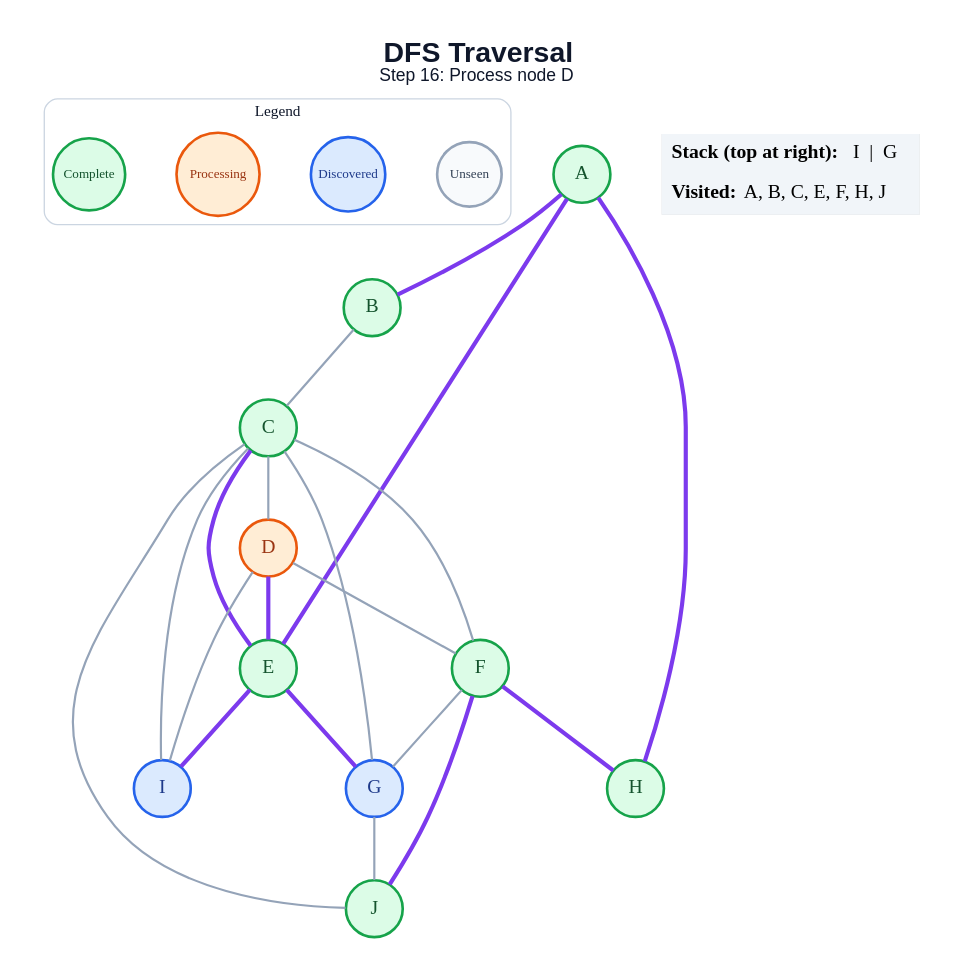
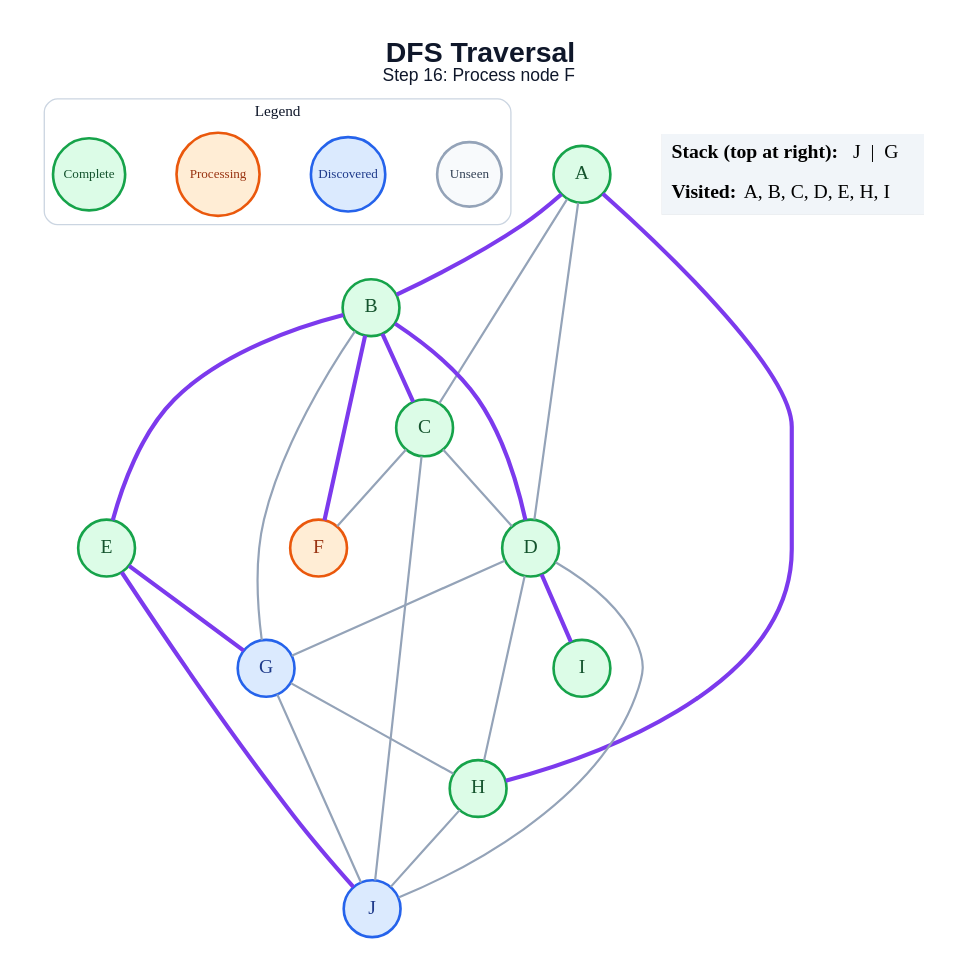
Before and after one commit to anon7238593-create/ai-slop: the diagram in generated/specific-node/dfs/step_16.dot, drawn with Graphviz. The commit also changed 178 other files, not shown here.

```diff
--- a/generated/specific-node/dfs/step_16.dot
+++ b/generated/specific-node/dfs/step_16.dot
@@ -1,48 +1,50 @@
 graph traversal {
   graph [layout=dot, rankdir=TB, bgcolor="#FFFFFF", pad="0.35", nodesep="0.65", ranksep="0.8", fontname="Arial"];
   node [shape=circle, style="filled", fontname="Arial Bold", fontsize=18, width=0.72, fixedsize=true, penwidth=2.4];
   edge [color="#94A3B8", penwidth=2.0];
-  label=<<B>DFS Traversal</B><BR/><FONT POINT-SIZE="16">Step 16: Process node D</FONT>>; labelloc="t"; fontsize=26; fontname="Arial"; fontcolor="#0F172A";
+  label=<<B>DFS Traversal</B><BR/><FONT POINT-SIZE="16">Step 16: Process node F</FONT>>; labelloc="t"; fontsize=26; fontname="Arial"; fontcolor="#0F172A";
   subgraph cluster_legend { label="Legend"; color="#CBD5E1"; penwidth=1.2; style="rounded"; fontsize=14; fontname="Arial Bold";
     key_unseen [label="Unseen", fillcolor="#F8FAFC", color="#94A3B8", fontcolor="#334155", fontsize=12, width=0.82];
     key_frontier [label="Discovered", fillcolor="#DBEAFE", color="#2563EB", fontcolor="#1E3A8A", fontsize=12, width=0.95];
     key_current [label="Processing", fillcolor="#FFEDD5", color="#EA580C", fontcolor="#9A3412", fontsize=12, width=1.05];
     key_done [label="Complete", fillcolor="#DCFCE7", color="#16A34A", fontcolor="#14532D", fontsize=12, width=0.92];
     { rank=same; key_unseen; key_frontier; key_current; key_done; }
   }
   A [fillcolor="#DCFCE7", color="#16A34A", fontcolor="#14532D"];
   B [fillcolor="#DCFCE7", color="#16A34A", fontcolor="#14532D"];
   C [fillcolor="#DCFCE7", color="#16A34A", fontcolor="#14532D"];
-  D [fillcolor="#FFEDD5", color="#EA580C", fontcolor="#9A3412"];
+  D [fillcolor="#DCFCE7", color="#16A34A", fontcolor="#14532D"];
   E [fillcolor="#DCFCE7", color="#16A34A", fontcolor="#14532D"];
-  F [fillcolor="#DCFCE7", color="#16A34A", fontcolor="#14532D"];
+  F [fillcolor="#FFEDD5", color="#EA580C", fontcolor="#9A3412"];
   G [fillcolor="#DBEAFE", color="#2563EB", fontcolor="#1E3A8A"];
   H [fillcolor="#DCFCE7", color="#16A34A", fontcolor="#14532D"];
-  I [fillcolor="#DBEAFE", color="#2563EB", fontcolor="#1E3A8A"];
-  J [fillcolor="#DCFCE7", color="#16A34A", fontcolor="#14532D"];
+  I [fillcolor="#DCFCE7", color="#16A34A", fontcolor="#14532D"];
+  J [fillcolor="#DBEAFE", color="#2563EB", fontcolor="#1E3A8A"];
   A -- B [color="#7C3AED", penwidth=3.8];
-  A -- E [color="#7C3AED", penwidth=3.8];
+  A -- C;
+  A -- D;
   A -- H [color="#7C3AED", penwidth=3.8];
-  B -- C;
+  B -- C [color="#7C3AED", penwidth=3.8];
+  B -- D [color="#7C3AED", penwidth=3.8];
+  B -- E [color="#7C3AED", penwidth=3.8];
+  B -- F [color="#7C3AED", penwidth=3.8];
+  B -- G;
   C -- D;
-  C -- E [color="#7C3AED", penwidth=3.8];
   C -- F;
-  C -- G;
-  C -- I;
   C -- J;
-  D -- E [color="#7C3AED", penwidth=3.8];
-  D -- F;
-  D -- I;
+  D -- G;
+  D -- H;
+  D -- I [color="#7C3AED", penwidth=3.8];
+  D -- J;
   E -- G [color="#7C3AED", penwidth=3.8];
-  E -- I [color="#7C3AED", penwidth=3.8];
-  F -- G;
-  F -- H [color="#7C3AED", penwidth=3.8];
-  F -- J [color="#7C3AED", penwidth=3.8];
+  E -- J [color="#7C3AED", penwidth=3.8];
+  G -- H;
   G -- J;
+  H -- J;
   status [shape=plain, fixedsize=false, width=0, height=0, margin=0, label=<
     <TABLE BORDER="0" CELLBORDER="0" CELLPADDING="7" BGCOLOR="#F1F5F9">
-      <TR><TD ALIGN="LEFT"><B>Stack (top at right):</B> I  |  G</TD></TR>
-      <TR><TD ALIGN="LEFT"><B>Visited:</B> A, B, C, E, F, H, J</TD></TR>
+      <TR><TD ALIGN="LEFT"><B>Stack (top at right):</B> J  |  G</TD></TR>
+      <TR><TD ALIGN="LEFT"><B>Visited:</B> A, B, C, D, E, H, I</TD></TR>
     </TABLE>
   >];
 }
```
